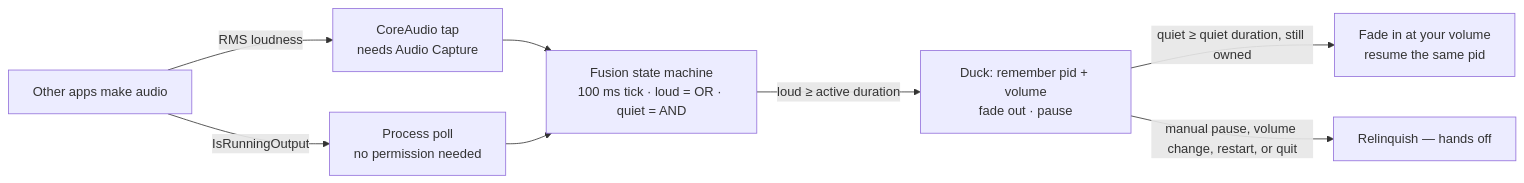
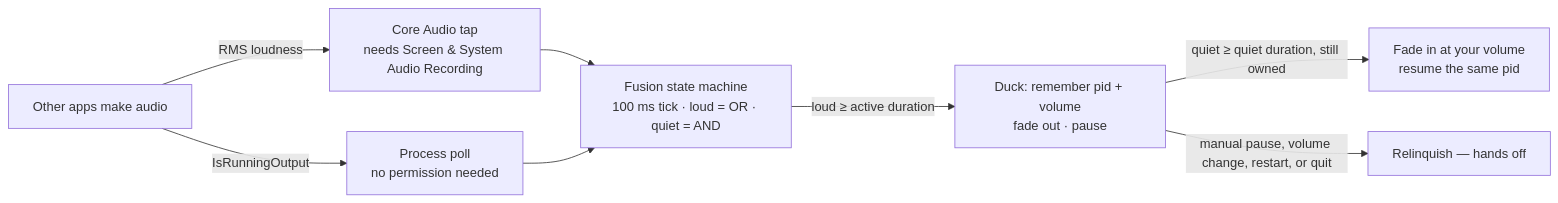
The diagram in README.md (Kathir-D/Sonar), drawn with Mermaid before and after one commit. The commit also changed other lines of this file and 6 other files, not shown here.

````diff
--- a/README.md
+++ b/README.md
@@ -237,10 +269,10 @@
 ```mermaid
 flowchart LR
-    X["Other apps make audio"] -->|"RMS loudness"| T["CoreAudio tap<br/>needs Audio Capture"]
+    X["Other apps make audio"] -->|"RMS loudness"| T["Core Audio tap<br/>needs Screen & System Audio Recording"]
     X -->|"IsRunningOutput"| P["Process poll<br/>no permission needed"]
     T --> F["Fusion state machine<br/>100 ms tick · loud = OR · quiet = AND"]
     P --> F
     F -->|"loud ≥ active duration"| D["Duck: remember pid + volume<br/>fade out · pause"]
     D -->|"quiet ≥ quiet duration, still owned"| R["Fade in at your volume<br/>resume the same pid"]
     D -->|"manual pause, volume change, restart, or quit"| N["Relinquish — hands off"]
 ```
````
